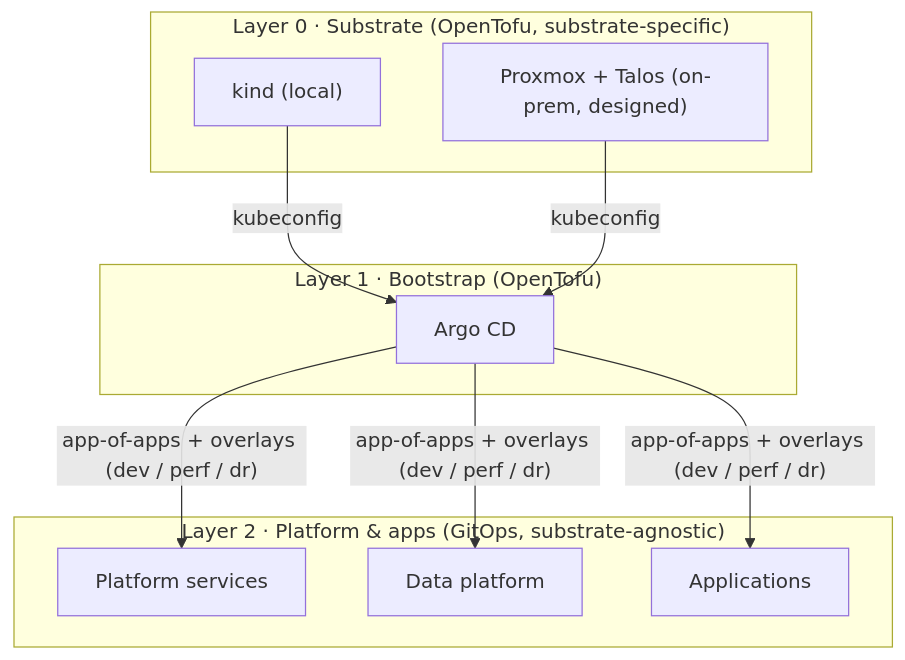
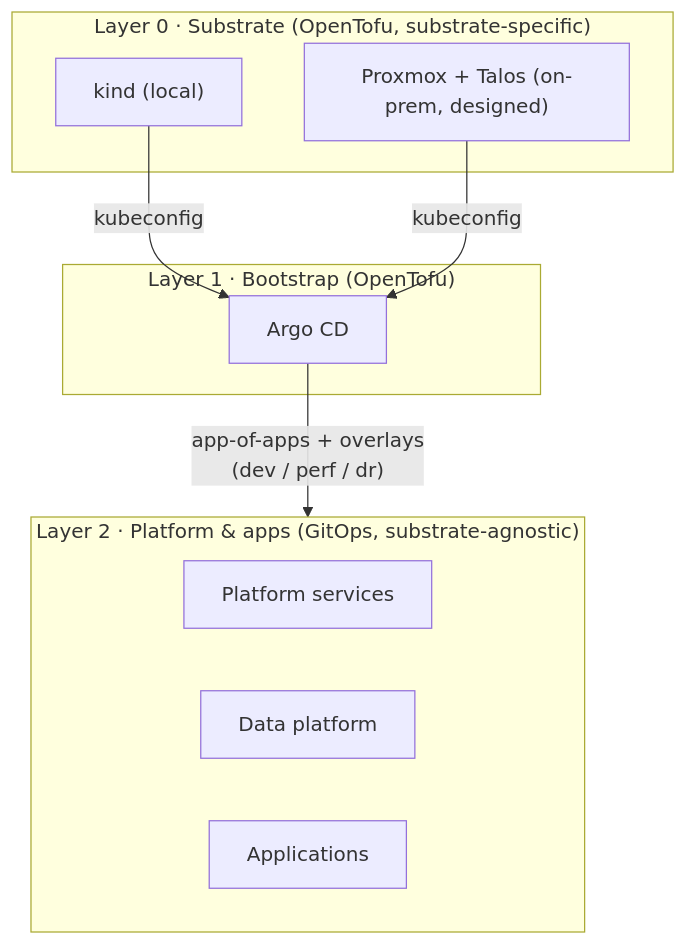
One commit to selimaytac/kafka-financial-event-platform changed the first of 2 diagrams in docs/architecture.md. Above: the diagram before and after it, drawn with Mermaid. The commit also changed 1 other file, not shown here.

Commit message:
docs: tidy topology diagrams

````diff
--- a/docs/architecture.md
+++ b/docs/architecture.md
@@ -9,18 +9,18 @@
 ```mermaid
 flowchart TB
   subgraph L0["Layer 0 · Substrate (OpenTofu, substrate-specific)"]
     kind["kind (local)"]
     pve["Proxmox + Talos (on-prem, designed)"]
   end
   subgraph L1["Layer 1 · Bootstrap (OpenTofu)"]
     argo["Argo CD"]
   end
   subgraph L2["Layer 2 · Platform & apps (GitOps, substrate-agnostic)"]
     plat["Platform services"]
     data["Data platform"]
     apps["Applications"]
   end
   kind -- kubeconfig --> argo
   pve -- kubeconfig --> argo
-  argo -- "app-of-apps + overlays (dev / perf / dr)" --> plat & data & apps
+  argo -- "app-of-apps + overlays<br/>(dev / perf / dr)" --> L2
 ```
````
